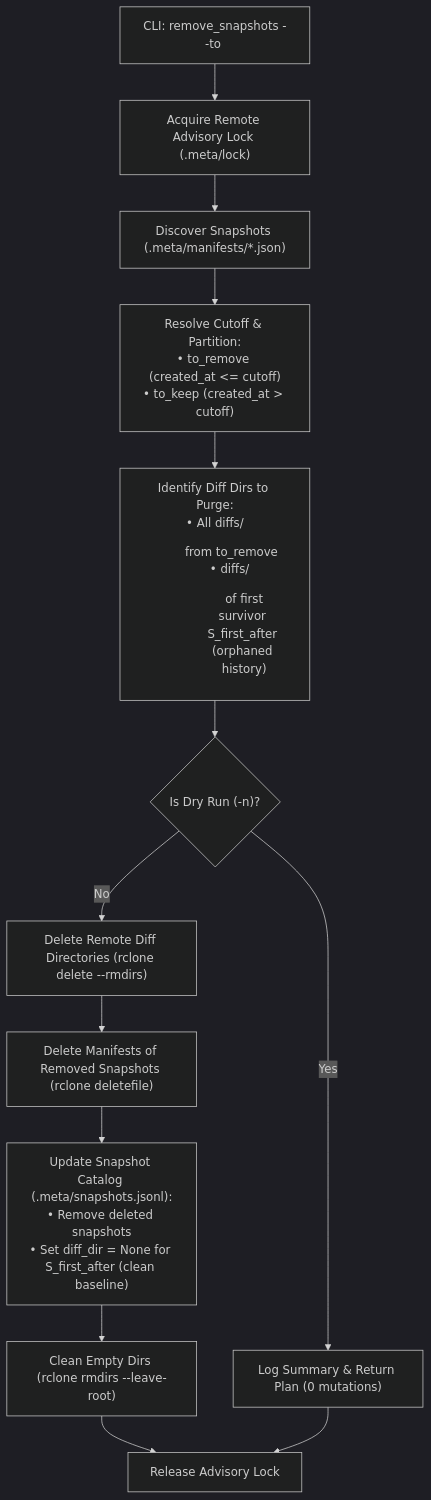
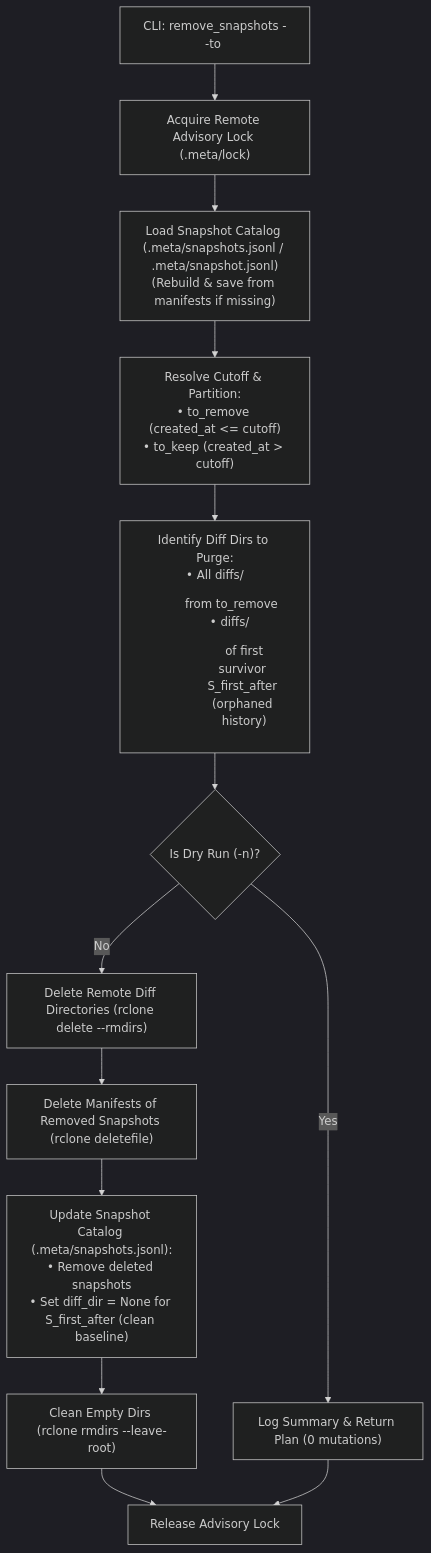
Before and after one commit to shabeer/incr_backup: the fifth of 5 diagrams in docs/developer.md, drawn with Mermaid (dark theme). The commit also changed other lines of this file and 3 other files, not shown here.

````diff
--- a/docs/developer.md
+++ b/docs/developer.md
@@ -692,15 +693,15 @@
 ```mermaid
 flowchart TD
     A["CLI: remove_snapshots --to <cutoff>"] --> B["Acquire Remote Advisory Lock (.meta/lock)"]
-    B --> C["Discover Snapshots (.meta/manifests/*.json)"]
+    B --> C["Load Snapshot Catalog (.meta/snapshots.jsonl / .meta/snapshot.jsonl)<br/>(Rebuild & save from manifests if missing)"]
     C --> D["Resolve Cutoff & Partition:<br/>• to_remove (created_at <= cutoff)<br/>• to_keep (created_at > cutoff)"]
     D --> E["Identify Diff Dirs to Purge:<br/>• All diffs/<dir> from to_remove<br/>• diffs/<dir> of first survivor S_first_after (orphaned history)"]
     E --> F{"Is Dry Run (-n)?"}
     F -->|Yes| G["Log Summary & Return Plan (0 mutations)"]
     F -->|No| H["Delete Remote Diff Directories (rclone delete --rmdirs)"]
     H --> I["Delete Manifests of Removed Snapshots (rclone deletefile)"]
     I --> J["Update Snapshot Catalog (.meta/snapshots.jsonl):<br/>• Remove deleted snapshots<br/>• Set diff_dir = None for S_first_after (clean baseline)"]
     J --> K["Clean Empty Dirs (rclone rmdirs --leave-root)"]
     K --> L["Release Advisory Lock"]
     G --> L
 ```
````
